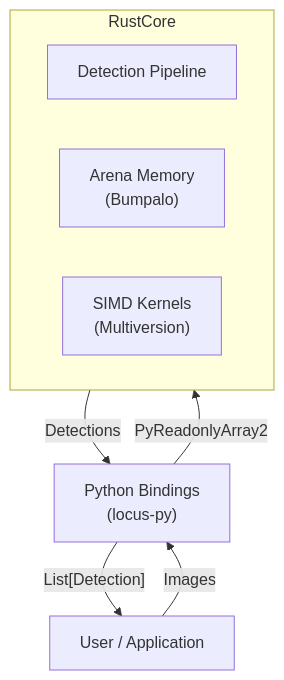
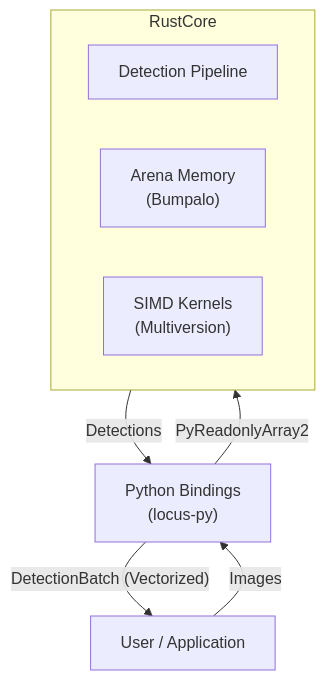
The first of 6 diagrams in docs/explanation/architecture.md (NoeFontana/locus-tag), drawn with Mermaid before and after one commit. The commit also changed other lines of this file and 68 other files, not shown here.

````diff
--- a/docs/explanation/architecture.md
+++ b/docs/explanation/architecture.md
@@ -9,14 +9,14 @@
 ```mermaid
 flowchart TD
     User[User / Application] -->|Images| PyBindings["Python Bindings<br/>(locus-py)"]
     PyBindings -->|PyReadonlyArray2| RustCore["Rust Core<br/>(locus-core)"]
 
     subgraph RustCore
         Pipeline["Detection Pipeline"]
         Memory["Arena Memory<br/>(Bumpalo)"]
         SIMD["SIMD Kernels<br/>(Multiversion)"]
     end
 
     RustCore -->|Detections| PyBindings
-    PyBindings -->|"List[Detection]"| User
+    PyBindings -->|"DetectionBatch (Vectorized)"| User
 ```
````
